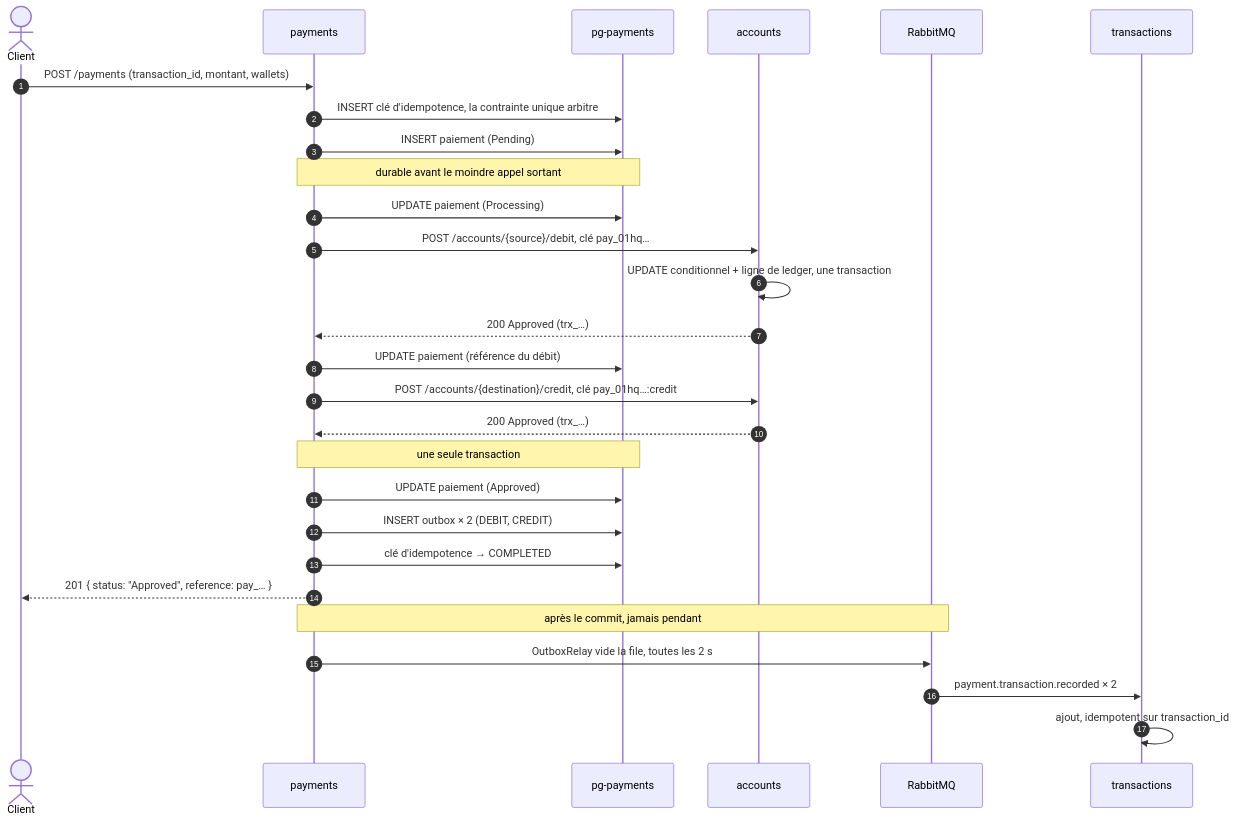
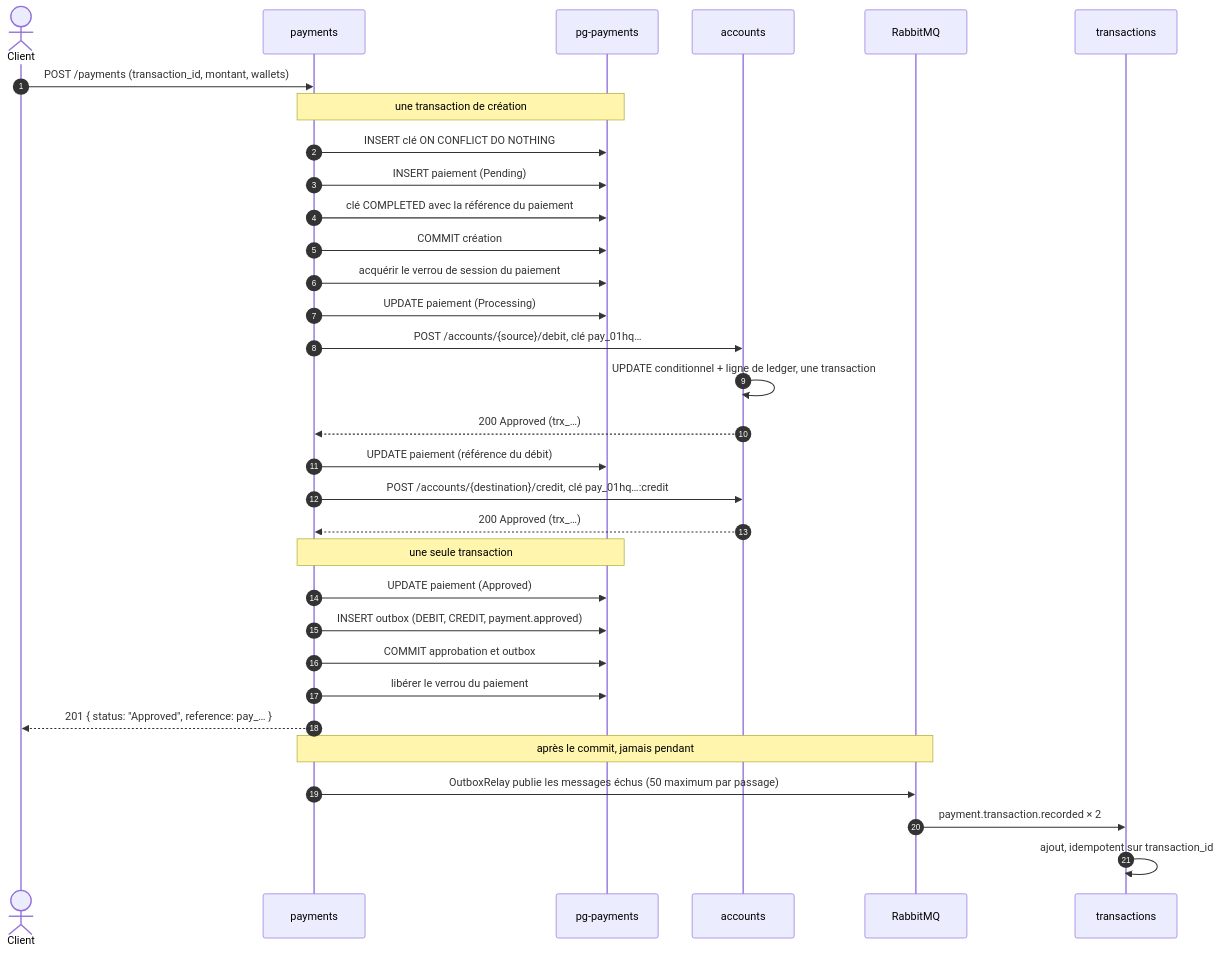
One commit to omaelnguessan/paynah_test changed the third of 4 diagrams in README.md. Above: the diagram before and after it, drawn with Mermaid. The commit also changed other lines of this file, not shown here.

Commit message:
docs: align readme with payment reliability improvements

````diff
--- a/README.md
+++ b/README.md
@@ -921,36 +963,39 @@
 ```mermaid
 sequenceDiagram
     autonumber
     actor C as Client
     participant P as payments
     participant DB as pg-payments
     participant A as accounts
     participant MQ as RabbitMQ
     participant T as transactions
 
     C->>P: POST /payments (transaction_id, montant, wallets)
-    P->>DB: INSERT clé d'idempotence, la contrainte unique arbitre
+    Note over P,DB: une transaction de création
+    P->>DB: INSERT clé ON CONFLICT DO NOTHING
     P->>DB: INSERT paiement (Pending)
-    Note over P,DB: durable avant le moindre appel sortant
+    P->>DB: clé COMPLETED avec la référence du paiement
+    P->>DB: COMMIT création
+    P->>DB: acquérir le verrou de session du paiement
     P->>DB: UPDATE paiement (Processing)
 
     P->>A: POST /accounts/{source}/debit, clé pay_01hq…
     A->>A: UPDATE conditionnel + ligne de ledger, une transaction
     A-->>P: 200 Approved (trx_…)
     P->>DB: UPDATE paiement (référence du débit)
 
     P->>A: POST /accounts/{destination}/credit, clé pay_01hq…:credit
     A-->>P: 200 Approved (trx_…)
 
     Note over P,DB: une seule transaction
     P->>DB: UPDATE paiement (Approved)
-    P->>DB: INSERT outbox × 2 (DEBIT, CREDIT)
-
-    P->>DB: clé d'idempotence → COMPLETED
+    P->>DB: INSERT outbox (DEBIT, CREDIT, payment.approved)
+    P->>DB: COMMIT approbation et outbox
+    P->>DB: libérer le verrou du paiement
     P-->>C: 201 { status: "Approved", reference: pay_… }
 
     Note over P,MQ: après le commit, jamais pendant
-    P->>MQ: OutboxRelay vide la file, toutes les 2 s
+    P->>MQ: OutboxRelay publie les messages échus (50 maximum par passage)
     MQ->>T: payment.transaction.recorded × 2
     T->>T: ajout, idempotent sur transaction_id
 ```
````
